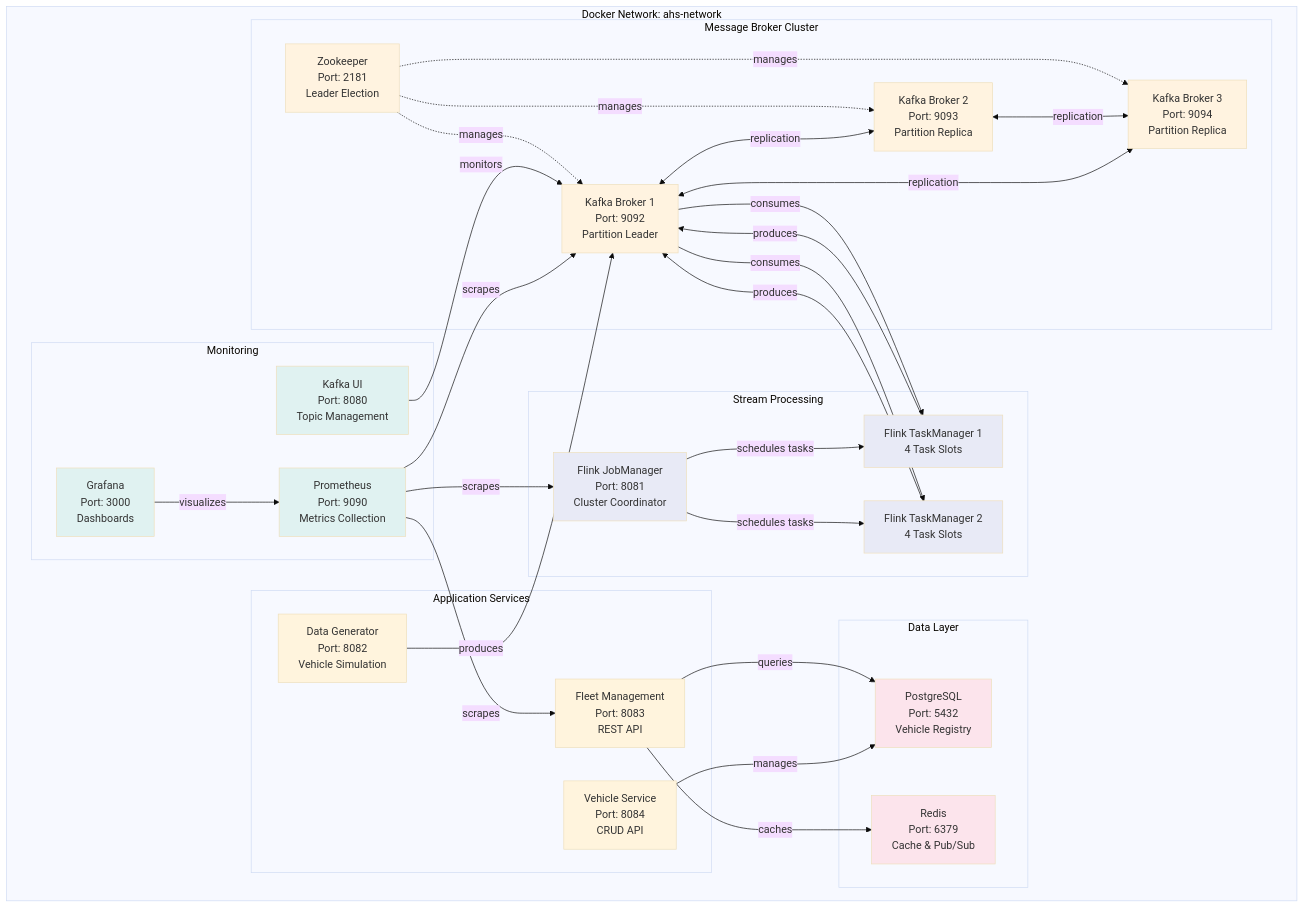
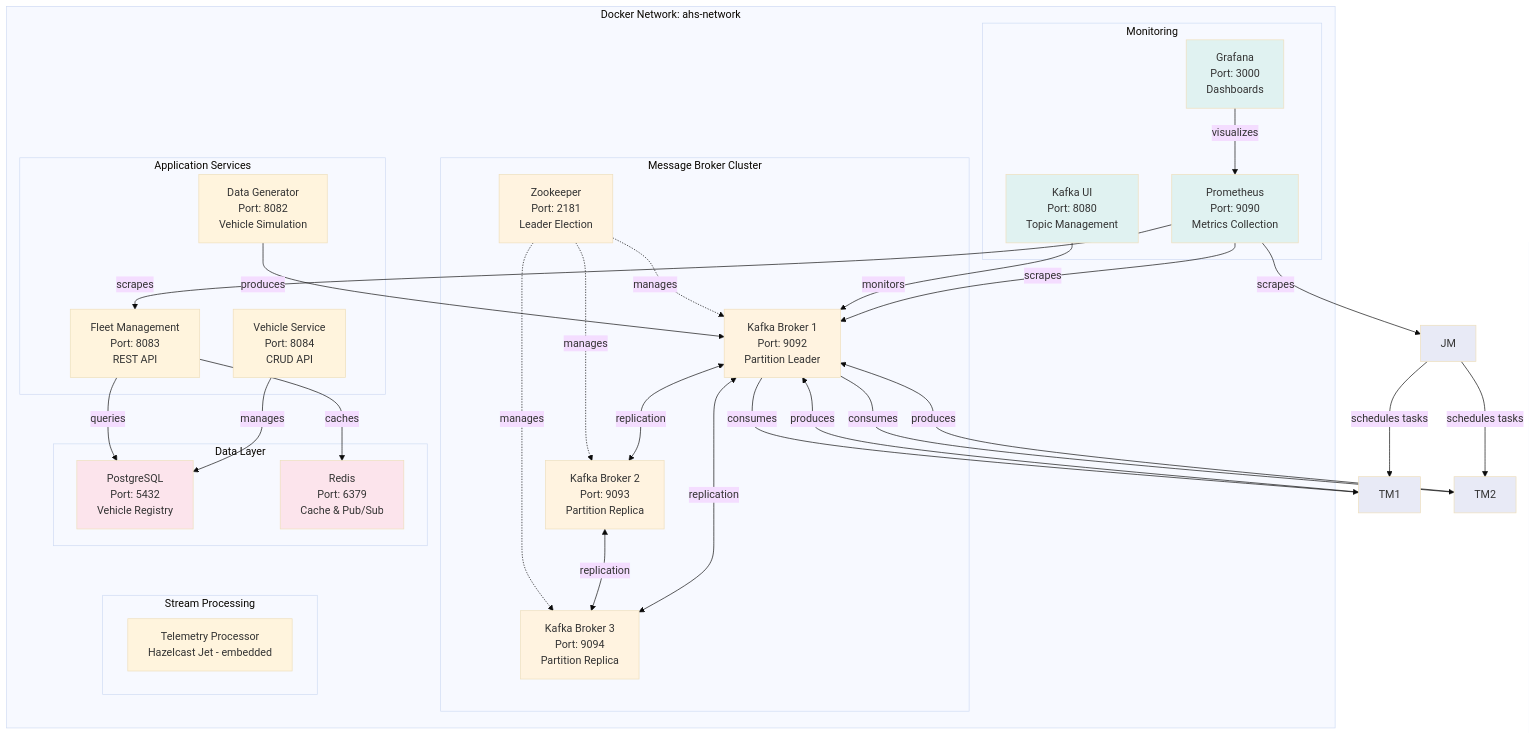
One commit to Shallako/ShuzAHS changed the ninth of 18 diagrams in DIAGRAMS.md. Above: the diagram before and after it, drawn with Mermaid (base theme). The commit also changed other lines of this file and 3 other files, not shown here.

Commit message:
Migrate stream processing from Flink to Hazelcast Jet (embedded), update associated documentation, diagrams, and pipeline references, and remove outdated Flink-specific configurations and scripts.

````diff
--- a/DIAGRAMS.md
+++ b/DIAGRAMS.md
@@ -544,74 +541,72 @@
 ```mermaid
 graph TB
     subgraph "Docker Network: ahs-network"
         subgraph "Message Broker Cluster"
             ZK[Zookeeper<br/>Port: 2181<br/>Leader Election]
             K1[Kafka Broker 1<br/>Port: 9092<br/>Partition Leader]
             K2[Kafka Broker 2<br/>Port: 9093<br/>Partition Replica]
             K3[Kafka Broker 3<br/>Port: 9094<br/>Partition Replica]
         end
         
         subgraph "Stream Processing"
-            JM[Flink JobManager<br/>Port: 8081<br/>Cluster Coordinator]
-            TM1[Flink TaskManager 1<br/>4 Task Slots]
-            TM2[Flink TaskManager 2<br/>4 Task Slots]
+            TP[Telemetry Processor<br/>Hazelcast Jet - embedded]
         end
         
         subgraph "Data Layer"
             PG[PostgreSQL<br/>Port: 5432<br/>Vehicle Registry]
             RD[Redis<br/>Port: 6379<br/>Cache & Pub/Sub]
         end
         
         subgraph "Monitoring"
             KU[Kafka UI<br/>Port: 8080<br/>Topic Management]
             PM[Prometheus<br/>Port: 9090<br/>Metrics Collection]
             GR[Grafana<br/>Port: 3000<br/>Dashboards]
         end
         
         subgraph "Application Services"
             DG[Data Generator<br/>Port: 8082<br/>Vehicle Simulation]
             FM[Fleet Management<br/>Port: 8083<br/>REST API]
             VS[Vehicle Service<br/>Port: 8084<br/>CRUD API]
         end
     end
     
     ZK -.->|manages| K1
     ZK -.->|manages| K2
     ZK -.->|manages| K3
     
     K1 <-->|replication| K2
     K2 <-->|replication| K3
     K1 <-->|replication| K3
     
     JM -->|schedules tasks| TM1
     JM -->|schedules tasks| TM2
     
     DG -->|produces| K1
     K1 -->|consumes| TM1
     K1 -->|consumes| TM2
     TM1 -->|produces| K1
     TM2 -->|produces| K1
     
     FM -->|queries| PG
     FM -->|caches| RD
     VS -->|manages| PG
     
     KU -->|monitors| K1
     PM -->|scrapes| K1
     PM -->|scrapes| JM
     PM -->|scrapes| FM
     GR -->|visualizes| PM
     
     style ZK fill:#fff3e0
     style K1 fill:#fff3e0
     style K2 fill:#fff3e0
     style K3 fill:#fff3e0
     style JM fill:#e8eaf6
     style TM1 fill:#e8eaf6
     style TM2 fill:#e8eaf6
     style PG fill:#fce4ec
     style RD fill:#fce4ec
     style KU fill:#e0f2f1
     style PM fill:#e0f2f1
     style GR fill:#e0f2f1
 ```
````
